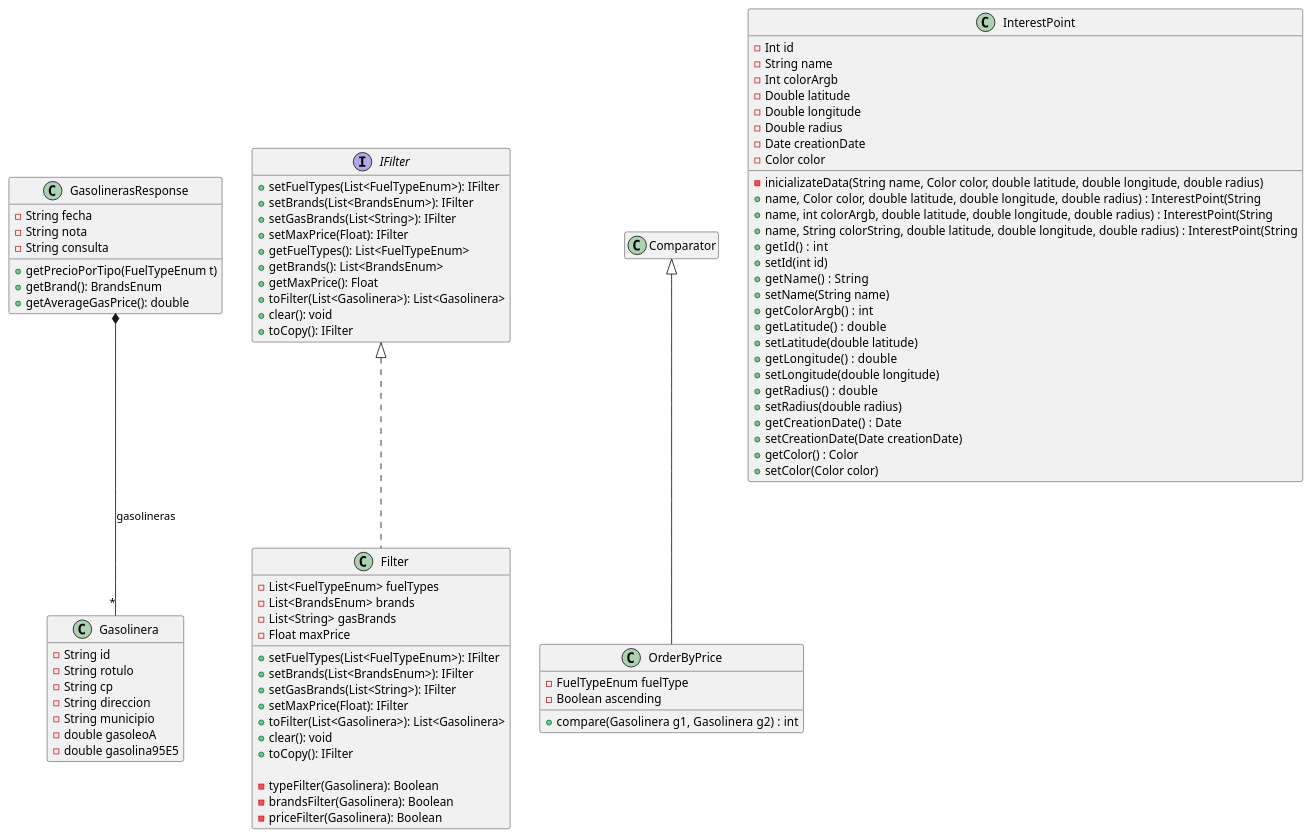
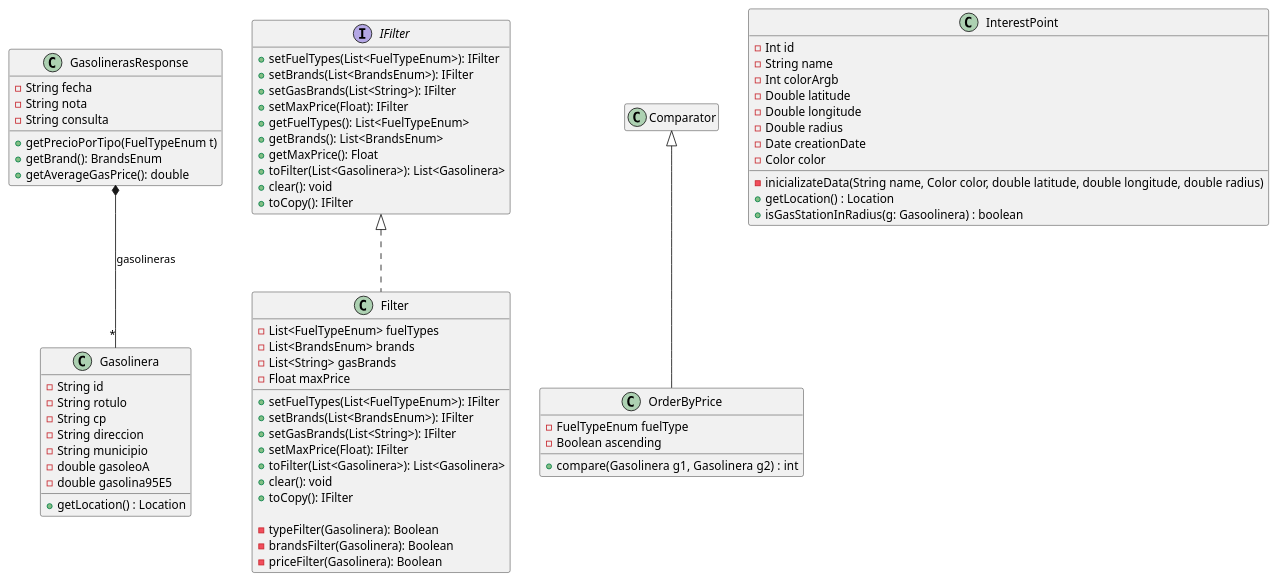
Before and after one commit to isunican/App-Gasolineras-Grupo1: the diagram in Docs/Models/domain.puml, drawn with PlantUML.

Commit message:
Hacer uml del dominio

```diff
--- a/Docs/Models/domain.puml
+++ b/Docs/Models/domain.puml
@@ -1,101 +1,86 @@
 @startuml
 
 hide empty members
 
 class Gasolinera {
     - String id
     - String rotulo
     - String cp
     - String direccion
     - String municipio
     - double gasoleoA
     - double gasolina95E5
+    + getLocation() : Location
 }
 
 class GasolinerasResponse {
     - String fecha
     - String nota
     - String consulta
 
     + getPrecioPorTipo(FuelTypeEnum t)
     + getBrand(): BrandsEnum
     + getAverageGasPrice(): double
 }
 
 interface IFilter {
     + setFuelTypes(List<FuelTypeEnum>): IFilter
     + setBrands(List<BrandsEnum>): IFilter
     + setGasBrands(List<String>): IFilter
     + setMaxPrice(Float): IFilter
     + getFuelTypes(): List<FuelTypeEnum>
     + getBrands(): List<BrandsEnum>
     + getMaxPrice(): Float
     + toFilter(List<Gasolinera>): List<Gasolinera>
     + clear(): void
     + toCopy(): IFilter
 }
 
 class Filter {
     - List<FuelTypeEnum> fuelTypes
     - List<BrandsEnum> brands
     - List<String> gasBrands
     - Float maxPrice
 
     + setFuelTypes(List<FuelTypeEnum>): IFilter
     + setBrands(List<BrandsEnum>): IFilter
     + setGasBrands(List<String>): IFilter
     + setMaxPrice(Float): IFilter
     + toFilter(List<Gasolinera>): List<Gasolinera>
     + clear(): void
     + toCopy(): IFilter
 
     - typeFilter(Gasolinera): Boolean
     - brandsFilter(Gasolinera): Boolean
     - priceFilter(Gasolinera): Boolean
 }
 
 class OrderByPrice{
 - FuelTypeEnum fuelType
 - Boolean ascending
 
 + compare(Gasolinera g1, Gasolinera g2)  : int
 }
 
 class InterestPoint {
     - Int id
     - String name
     - Int colorArgb
     - Double latitude
     - Double longitude
     - Double radius
     - Date creationDate
     - Color color
     
     - inicializateData(String name, Color color, double latitude, double longitude, double radius)
-    + name, Color color, double latitude, double longitude, double radius)  : InterestPoint(String
-    + name, int colorArgb, double latitude, double longitude, double radius)  : InterestPoint(String
-    + name, String colorString, double latitude, double longitude, double radius)  : InterestPoint(String
-    + getId()  : int
-    + setId(int id)
-    + getName()  : String
-    + setName(String name)
-    + getColorArgb()  : int
-    + getLatitude()  : double
-    + setLatitude(double latitude)
-    + getLongitude()  : double
-    + setLongitude(double longitude)
-    + getRadius()  : double
-    + setRadius(double radius)
-    + getCreationDate()  : Date
-    + setCreationDate(Date creationDate)
-    + getColor() : Color
-    + setColor(Color color)
+    + getLocation() : Location
+    + isGasStationInRadius(g: Gasoolinera) : boolean
 }
 
 IFilter <|.. Filter
 
 Comparator <|-- OrderByPrice
 
 GasolinerasResponse *-- "*" Gasolinera : gasolineras
 
 @enduml
```
